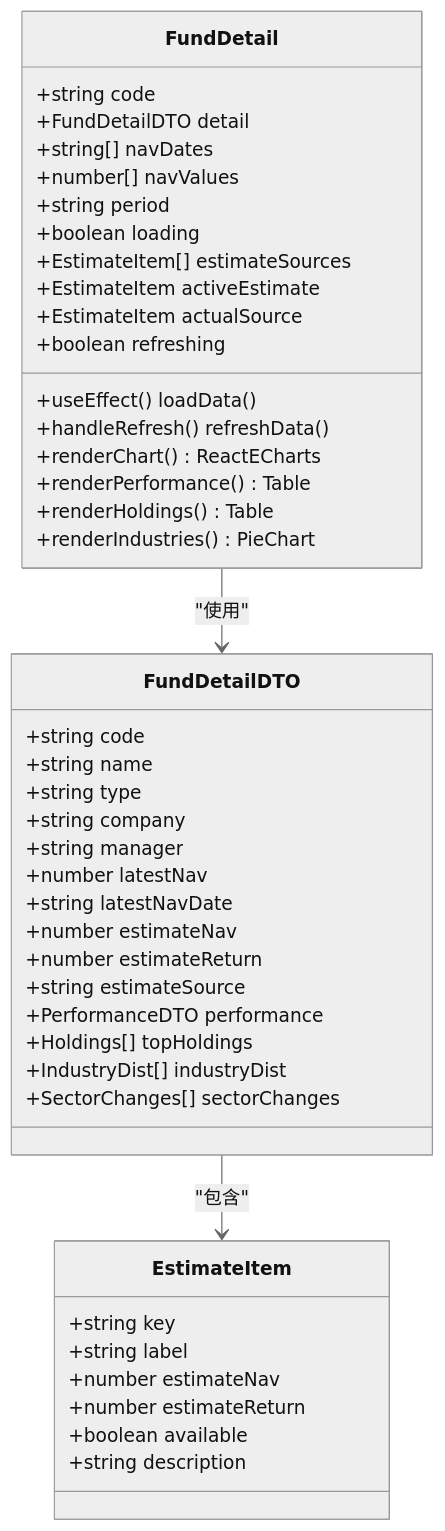
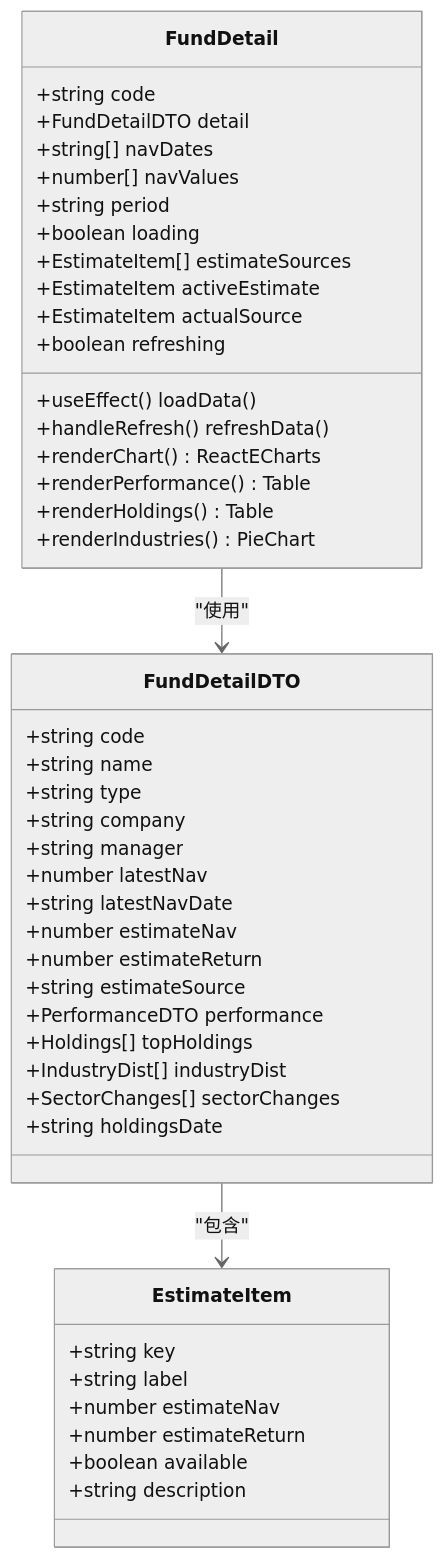
The sixth of 14 diagrams in .qoder/repowiki/zh/content/Fund Detail Enhancement.md (gree-coder/fund-butler), drawn with Mermaid (neutral theme) before and after one commit. The commit also changed other lines of this file and 5 other files, not shown here.

````diff
--- a/.qoder/repowiki/zh/content/Fund Detail Enhancement.md
+++ b/.qoder/repowiki/zh/content/Fund Detail Enhancement.md
@@ -302,47 +305,48 @@
 ```mermaid
 classDiagram
 class FundDetail {
 +string code
 +FundDetailDTO detail
 +string[] navDates
 +number[] navValues
 +string period
 +boolean loading
 +EstimateItem[] estimateSources
 +EstimateItem activeEstimate
 +EstimateItem actualSource
 +boolean refreshing
 +useEffect() loadData()
 +handleRefresh() refreshData()
 +renderChart() ReactECharts
 +renderPerformance() Table
 +renderHoldings() Table
 +renderIndustries() PieChart
 }
 class FundDetailDTO {
 +string code
 +string name
 +string type
 +string company
 +string manager
 +number latestNav
 +string latestNavDate
 +number estimateNav
 +number estimateReturn
 +string estimateSource
 +PerformanceDTO performance
 +Holdings[] topHoldings
 +IndustryDist[] industryDist
 +SectorChanges[] sectorChanges
++string holdingsDate
 }
 class EstimateItem {
 +string key
 +string label
 +number estimateNav
 +number estimateReturn
 +boolean available
 +string description
 }
 FundDetail --> FundDetailDTO : "使用"
 FundDetailDTO --> EstimateItem : "包含"
 ```
````
